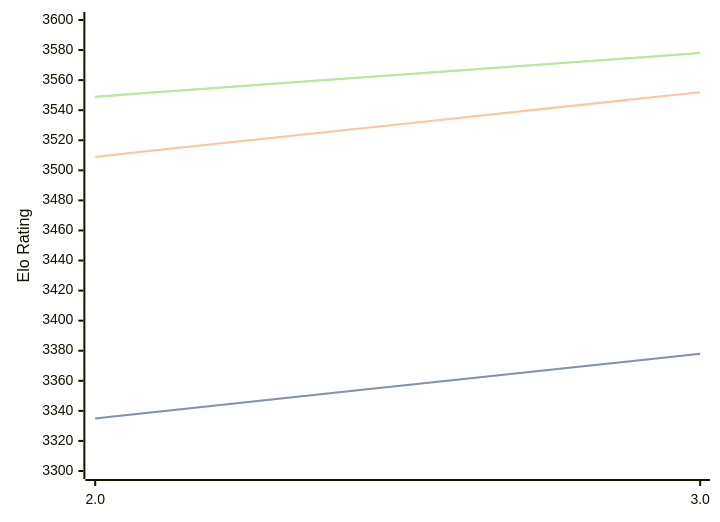
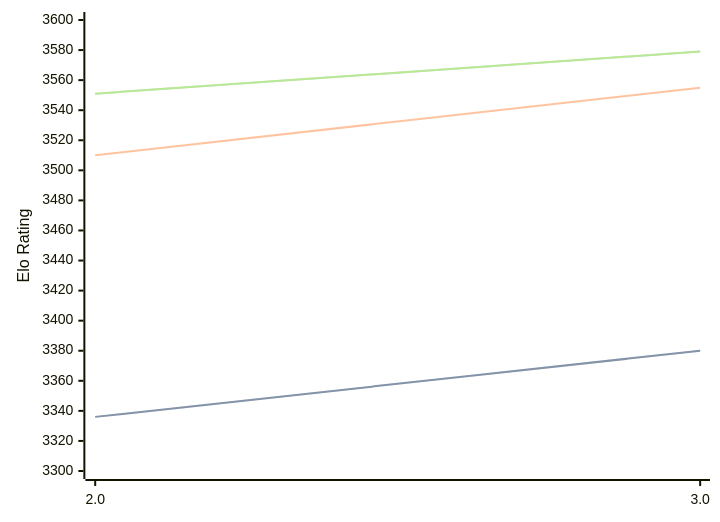
One commit to computer-chess-index/cci changed the diagram in engines/Quanticade.md. Above: the diagram before and after it, drawn with Mermaid. The commit also changed other lines of this file, not shown here.

Commit message:
Update CCI Ratings (ELO VLTC) - 2026-02-21

````diff
--- a/engines/Quanticade.md
+++ b/engines/Quanticade.md
@@ -38,11 +38,11 @@
 ```mermaid
 %%{init: {"theme":"base","themeVariables":{"seriesColors:['#a3a3a3','#222221','#faa371']}}}%%
 xychart-beta
   x-axis ["2.0", "3.0"]
   y-axis "Elo Rating" 3300 --> 3600
-  line "STC (8.0+0.08s)" [3335, 3378]
-  line "STC (8.0+0.08s)" [3335, 3378]
-  line "LTC (60.0+0.60s)" [3509, 3552]
-  line "VLTC (2m24s+1.12s)" [3549, 3578]
-  line "VLTC (2m24s+1.12s)" [3549, 3578]
+  line "STC (8.0+0.08s)" [3336, 3380]
+  line "STC (8.0+0.08s)" [3336, 3380]
+  line "LTC (60.0+0.60s)" [3510, 3555]
+  line "VLTC (2m24s+1.12s)" [3551, 3579]
+  line "VLTC (2m24s+1.12s)" [3551, 3579]
 ```
````
